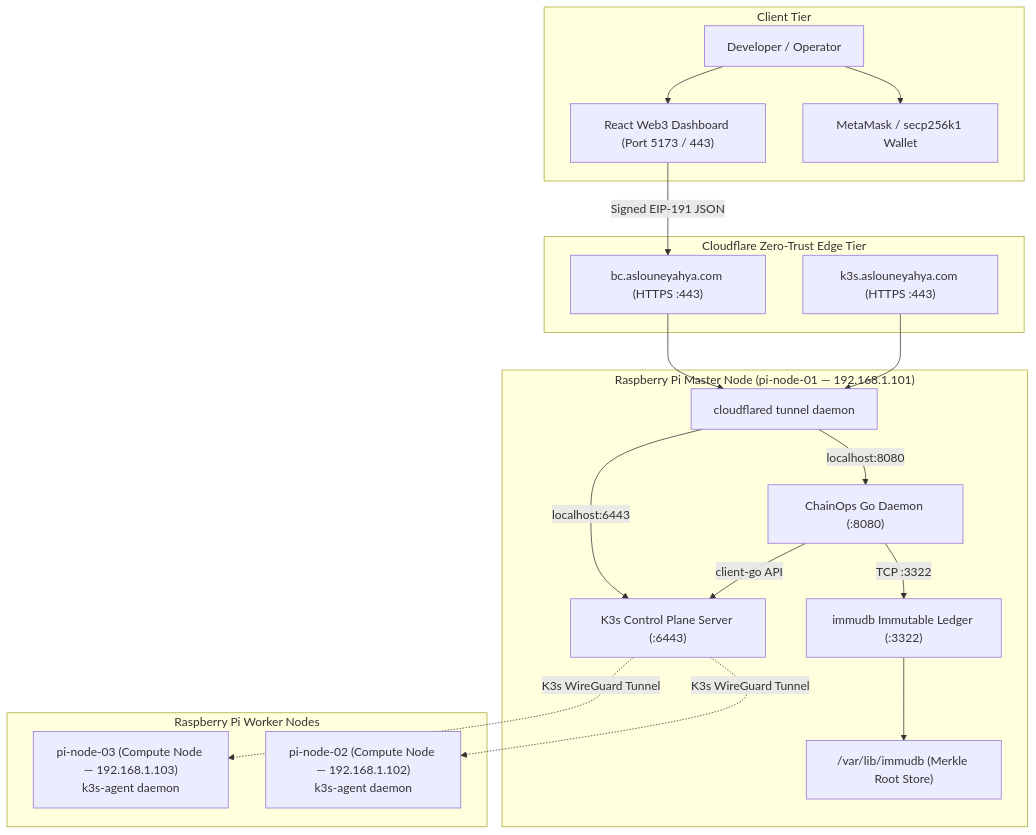
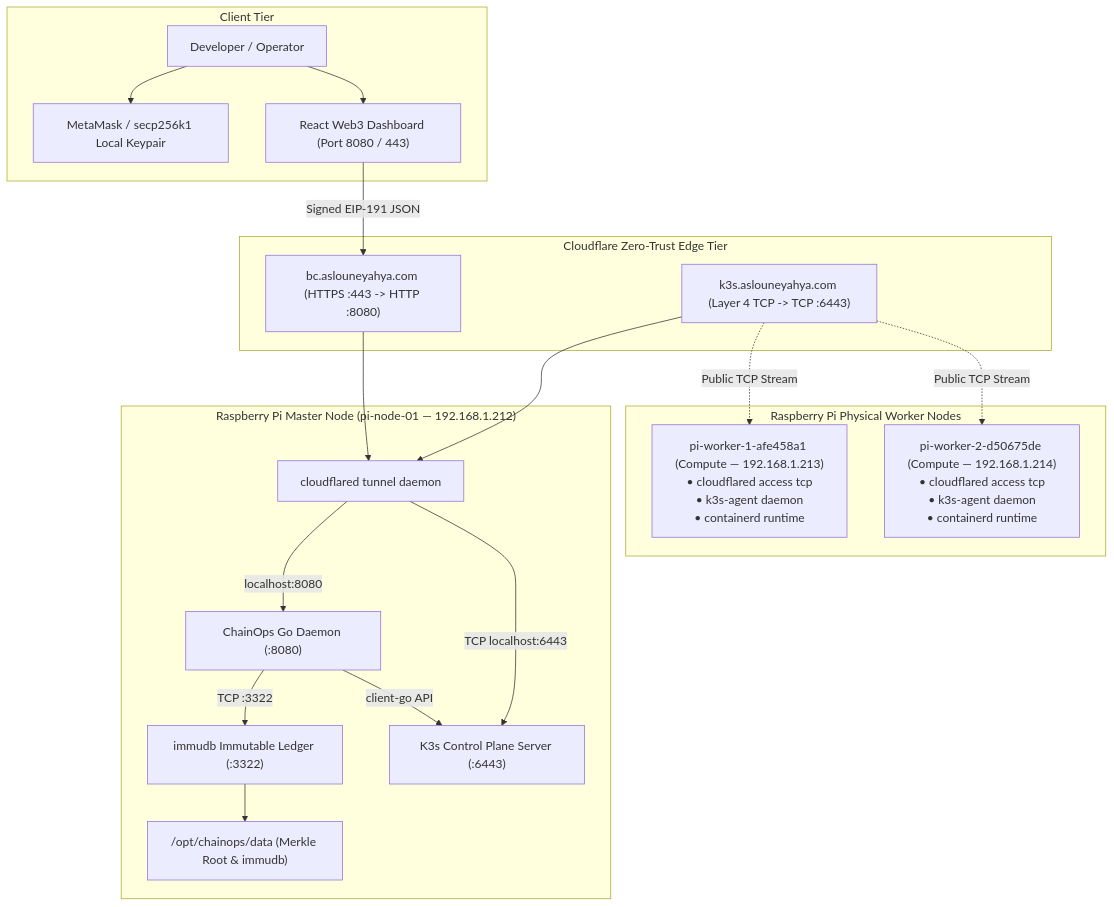
The first of 10 diagrams in docs/ARCHITECTURE_DIAGRAMS.md (AslouneYahya/blockchain-cloud-platform), drawn with Mermaid before and after one commit. The commit also changed other lines of this file and 12 other files, not shown here.

Commit message:
docs: comprehensive academic README and architecture diagrams embedding all 10 production screenshots in screenshots/bc

````diff
--- a/docs/ARCHITECTURE_DIAGRAMS.md
+++ b/docs/ARCHITECTURE_DIAGRAMS.md
@@ -25,41 +25,41 @@
 ```mermaid
 graph TD
     subgraph Client["Client Tier"]
         Dev["Developer / Operator"]
-        MM["MetaMask / secp256k1 Wallet"]
-        ReactUI["React Web3 Dashboard (Port 5173 / 443)"]
+        MM["MetaMask / secp256k1 Local Keypair"]
+        ReactUI["React Web3 Dashboard (Port 8080 / 443)"]
         Dev --> MM
         Dev --> ReactUI
     end
 
     subgraph Edge["Cloudflare Zero-Trust Edge Tier"]
-        CF_API["bc.aslouneyahya.com (HTTPS :443)"]
-        CF_K3S["k3s.aslouneyahya.com (HTTPS :443)"]
+        CF_API["bc.aslouneyahya.com (HTTPS :443 -> HTTP :8080)"]
+        CF_K3S["k3s.aslouneyahya.com (Layer 4 TCP -> TCP :6443)"]
     end
 
     ReactUI -->|Signed EIP-191 JSON| CF_API
 
-    subgraph Master["Raspberry Pi Master Node (pi-node-01 — 192.168.1.101)"]
+    subgraph Master["Raspberry Pi Master Node (pi-node-01 — 192.168.1.212)"]
         Cloudflared["cloudflared tunnel daemon"]
         Daemon["ChainOps Go Daemon (:8080)"]
         Immudb["immudb Immutable Ledger (:3322)"]
         K3sServer["K3s Control Plane Server (:6443)"]
-        LocalStorage["/var/lib/immudb (Merkle Root Store)"]
+        LocalStorage["/opt/chainops/data (Merkle Root & immudb)"]
 
         CF_API --> Cloudflared
         CF_K3S --> Cloudflared
         Cloudflared -->|localhost:8080| Daemon
-        Cloudflared -->|localhost:6443| K3sServer
+        Cloudflared -->|TCP localhost:6443| K3sServer
         Daemon -->|TCP :3322| Immudb
         Daemon -->|client-go API| K3sServer
         Immudb --> LocalStorage
     end
 
-    subgraph Workers["Raspberry Pi Worker Nodes"]
-        Worker1["pi-node-02 (Compute Node — 192.168.1.102)<br/>k3s-agent daemon"]
-        Worker2["pi-node-03 (Compute Node — 192.168.1.103)<br/>k3s-agent daemon"]
+    subgraph Workers["Raspberry Pi Physical Worker Nodes"]
+        Worker1["pi-worker-1-afe458a1 (Compute — 192.168.1.213)<br/>• cloudflared access tcp<br/>• k3s-agent daemon<br/>• containerd runtime"]
+        Worker2["pi-worker-2-d50675de (Compute — 192.168.1.214)<br/>• cloudflared access tcp<br/>• k3s-agent daemon<br/>• containerd runtime"]
 
-        K3sServer -.->|K3s WireGuard Tunnel| Worker1
-        K3sServer -.->|K3s WireGuard Tunnel| Worker2
+        CF_K3S -.->|Public TCP Stream| Worker1
+        CF_K3S -.->|Public TCP Stream| Worker2
     end
 ```
````
